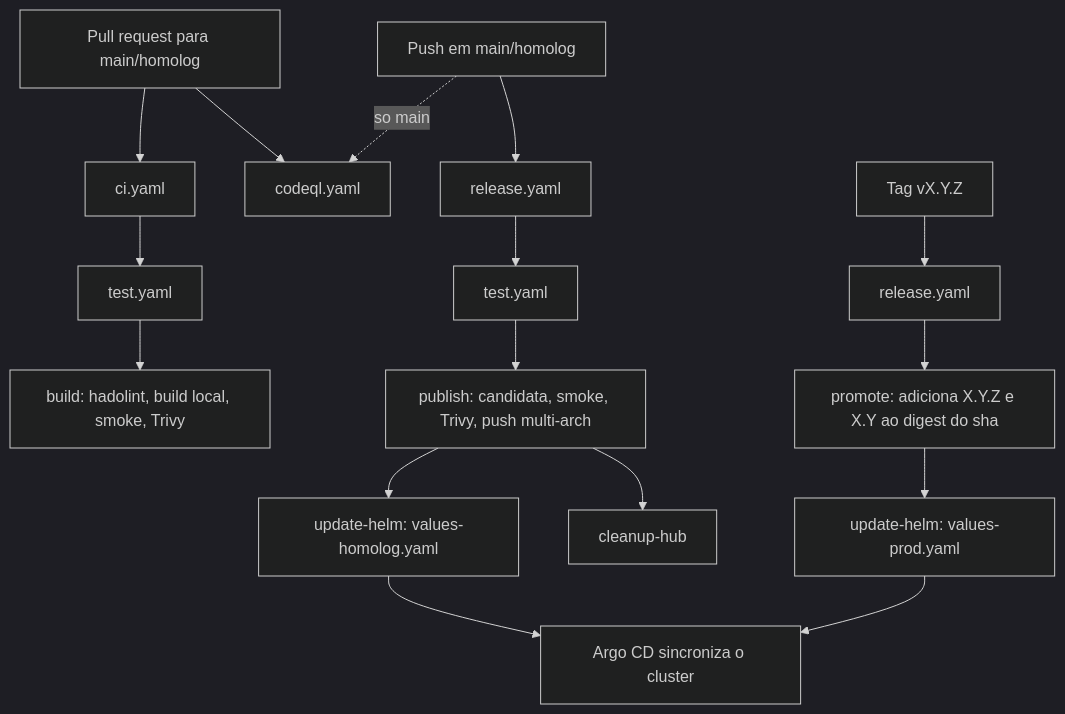
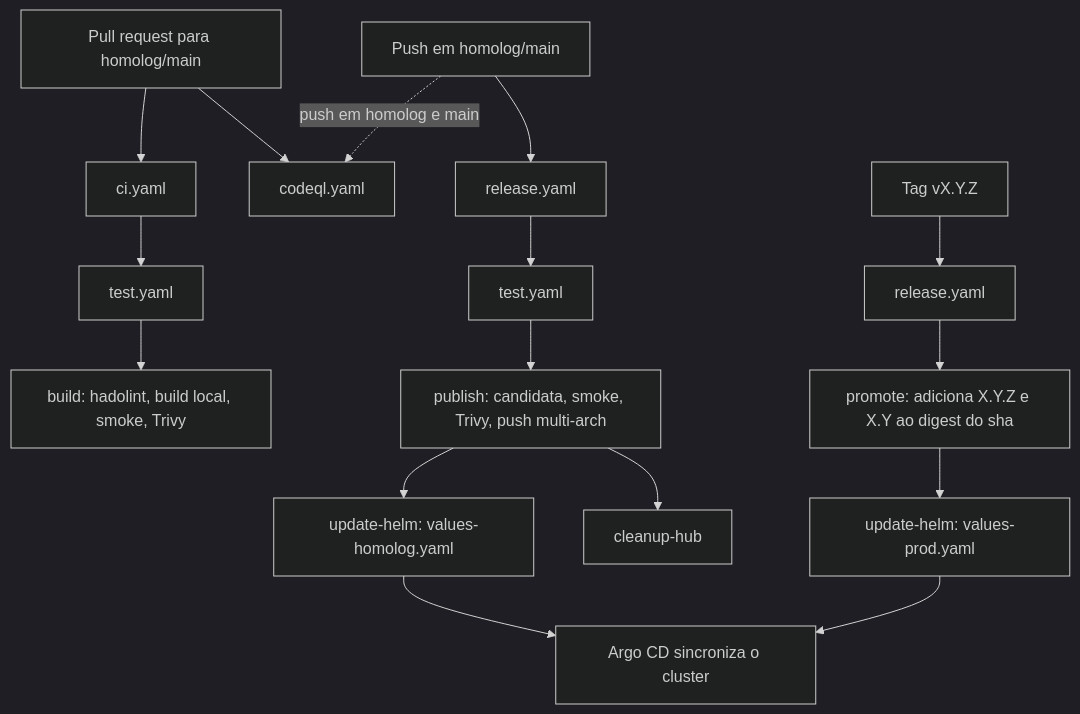
Before and after one commit to fcavalcanti-devops/conversor-temperatura: the diagram in .github/workflows/README.md, drawn with Mermaid (dark theme). The commit also changed other lines of this file and 6 other files, not shown here.

````diff
--- a/.github/workflows/README.md
+++ b/.github/workflows/README.md
@@ -26,21 +26,21 @@
 ```mermaid
 flowchart TD
-    PR[Pull request para main/homolog] --> CI[ci.yaml]
+    PR[Pull request para homolog/main] --> CI[ci.yaml]
     PR --> CQ[codeql.yaml]
     CI --> T1[test.yaml]
     T1 --> B[build: hadolint, build local, smoke, Trivy]
 
-    PUSH[Push em main/homolog] --> REL[release.yaml]
-    PUSH -.->|so main| CQ
+    PUSH[Push em homolog/main] --> REL[release.yaml]
+    PUSH -.->|push em homolog e main| CQ
     REL --> T2[test.yaml]
     T2 --> PUB[publish: candidata, smoke, Trivy, push multi-arch]
     PUB --> HH[update-helm: values-homolog.yaml]
     PUB --> CL[cleanup-hub]
 
     TAG[Tag vX.Y.Z] --> REL2[release.yaml]
     REL2 --> PRO[promote: adiciona X.Y.Z e X.Y ao digest do sha]
     PRO --> HP[update-helm: values-prod.yaml]
 
     HH --> ARGO[Argo CD sincroniza o cluster]
     HP --> ARGO
 ```
````
